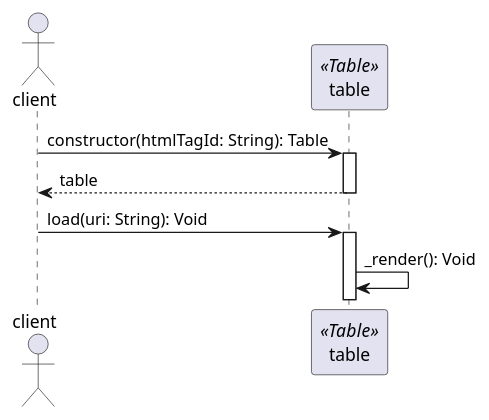
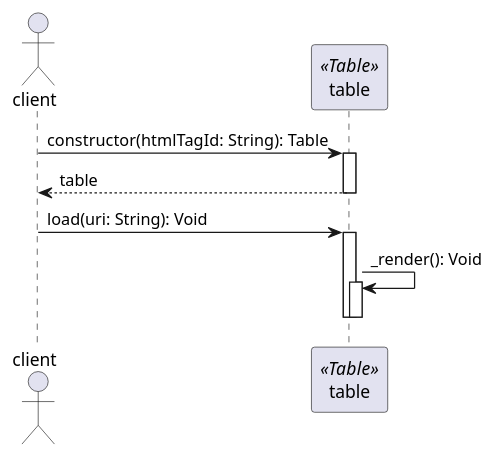
One commit to expert0226/codespitz changed the second of 8 diagrams in src/main/resources/codespitz79/designpattern/day01/day01.adoc. Above: the diagram before and after it, drawn with PlantUML. The commit also changed other lines of this file and 9 other files, not shown here.

```diff
--- a/src/main/resources/codespitz79/designpattern/day01/day01.adoc
+++ b/src/main/resources/codespitz79/designpattern/day01/day01.adoc
@@ -32,13 +32,16 @@
 [plantuml, exam01_sequence, png]
 ....
 actor client
 participant table <<Table>>
 
 client -> table: constructor(htmlTagId: String): Table
 activate table
 return table
 
 client -> table: load(uri: String): Void
 activate table
 table -> table: _render(): Void
+activate table
+deactivate table
+deactivate table
 ....
```
